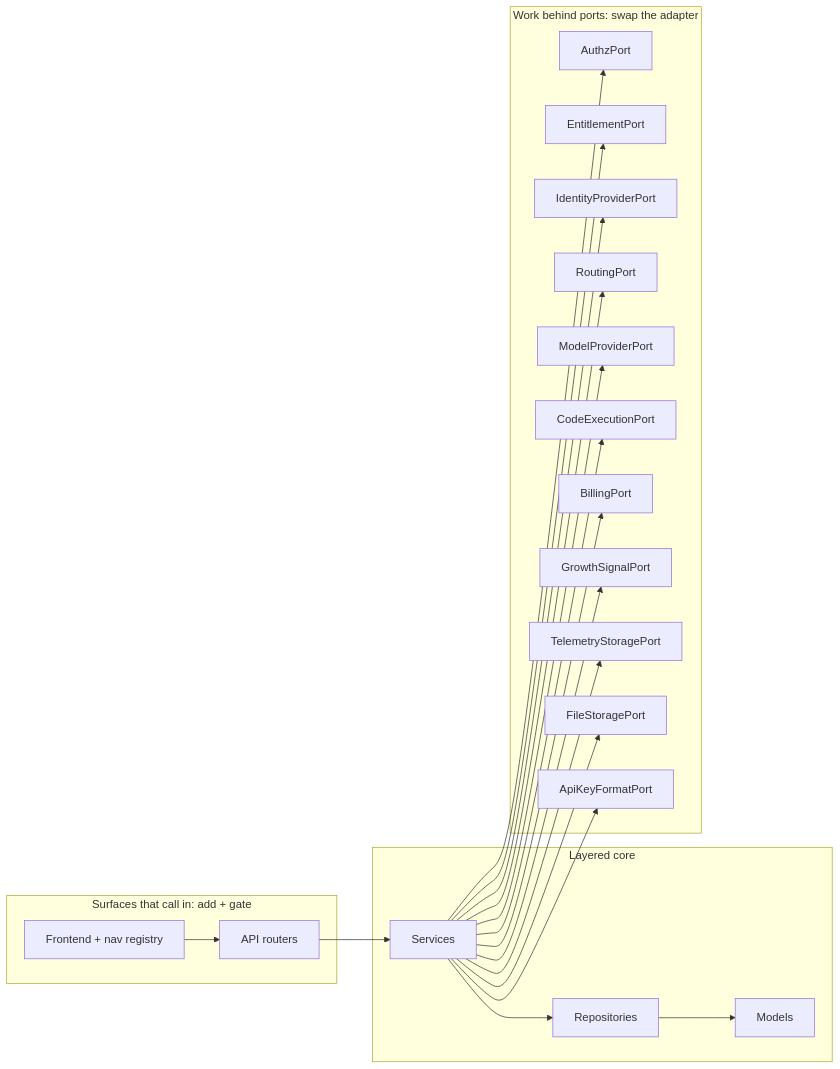
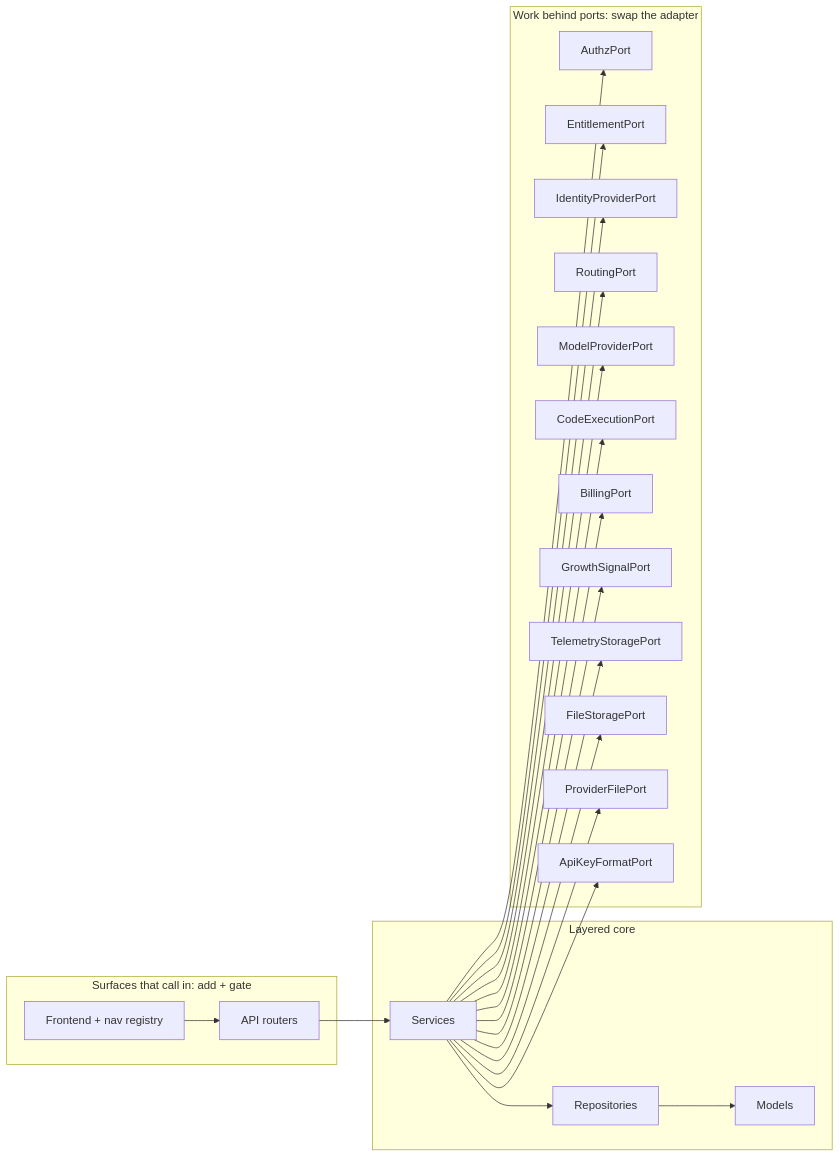
The second of 2 diagrams in ARCHITECTURE.md (AloysJehwin/otari), drawn with Mermaid before and after one commit. The commit also changed other lines of this file and 22 other files, not shown here.

First line of the commit message:
refactor(files): reach the files a provider holds through a port (#1829)

````diff
--- a/ARCHITECTURE.md
+++ b/ARCHITECTURE.md
@@ -92,37 +93,39 @@
 ```mermaid
 flowchart LR
     subgraph driving["Surfaces that call in: add + gate"]
         UI["Frontend + nav registry"]
         API["API routers"]
     end
     subgraph core["Layered core"]
         SVC[Services]
         REPO[Repositories]
         MOD[Models]
     end
     subgraph driven["Work behind ports: swap the adapter"]
         AP[AuthzPort]
         EP[EntitlementPort]
         IP[IdentityProviderPort]
         RP[RoutingPort]
         MP[ModelProviderPort]
         CP[CodeExecutionPort]
         BP[BillingPort]
         GP[GrowthSignalPort]
         TP[TelemetryStoragePort]
         FP[FileStoragePort]
+        PF[ProviderFilePort]
         KP[ApiKeyFormatPort]
     end
     UI --> API --> SVC --> REPO --> MOD
     SVC --> AP
     SVC --> EP
     SVC --> IP
     SVC --> RP
     SVC --> MP
     SVC --> CP
     SVC --> BP
     SVC --> GP
     SVC --> TP
     SVC --> FP
+    SVC --> PF
     SVC --> KP
 ```
````
